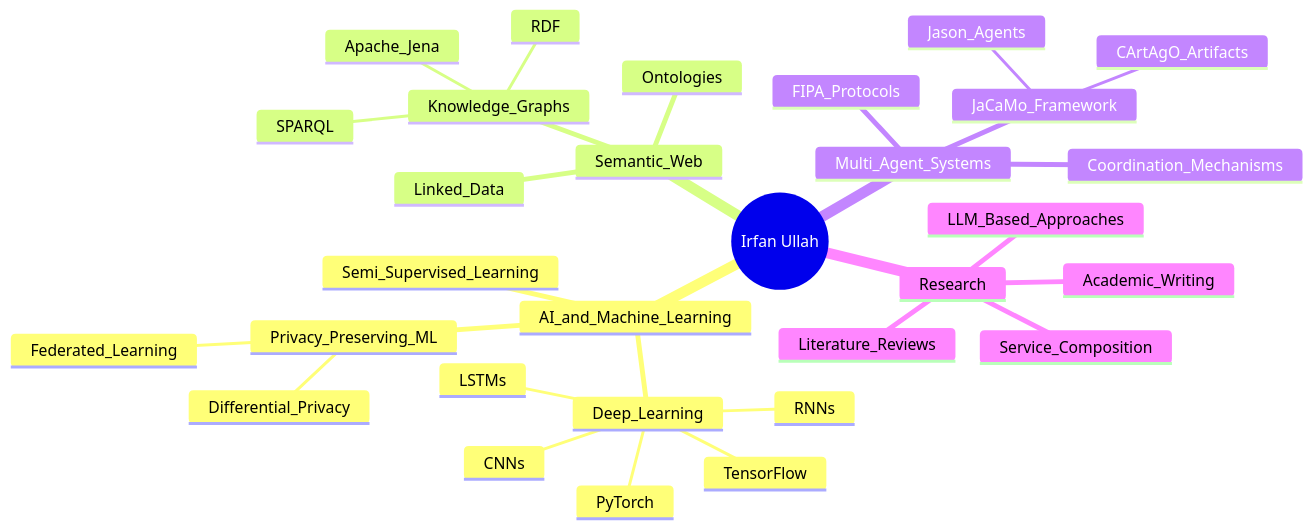
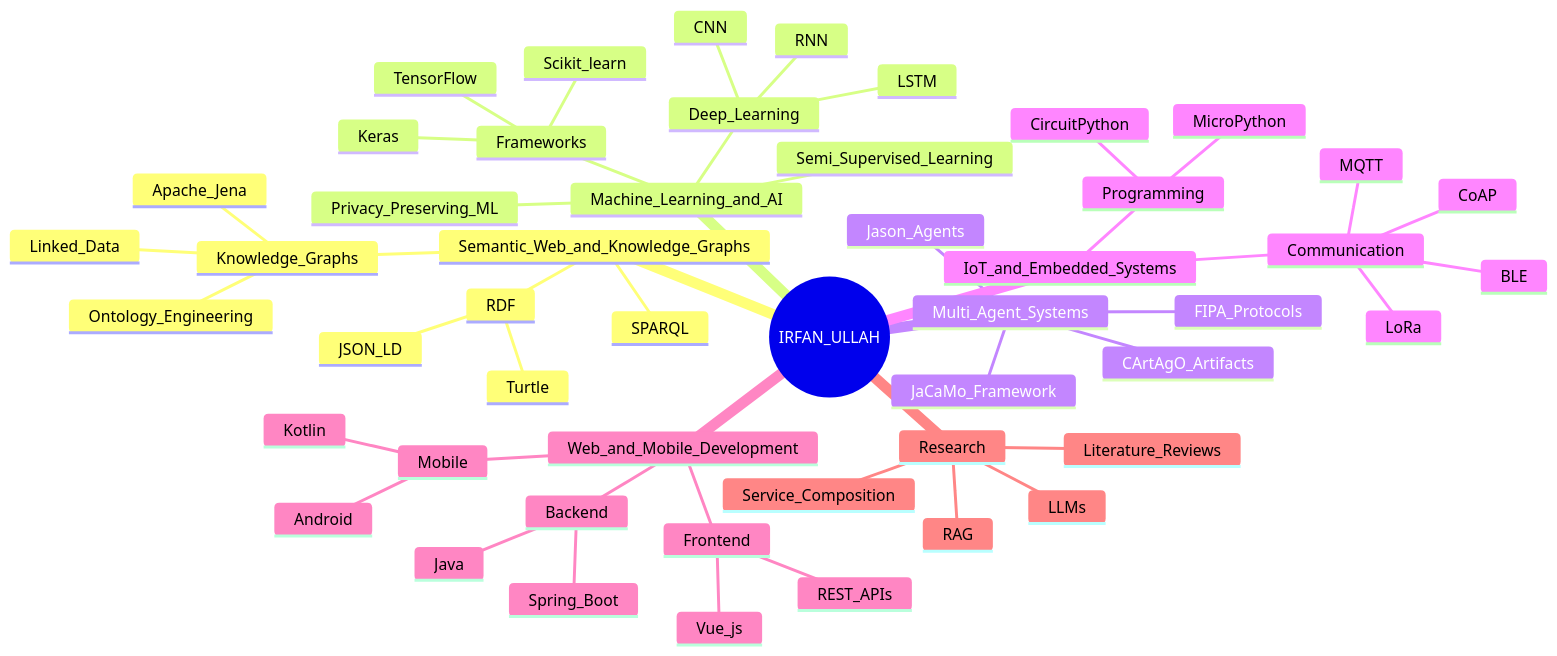
One commit to Irfan-Ullah-cs/Irfan-Ullah-cs changed the diagram in README.md. Above: the diagram before and after it, drawn with Mermaid. The commit also changed other lines of this file, not shown here.

````diff
--- a/README.md
+++ b/README.md
@@ -85,34 +85,55 @@
 ```mermaid
 mindmap
-    root((Irfan Ullah))
-      AI_and_Machine_Learning
-        Deep_Learning
-          CNNs
-          RNNs
-          LSTMs
-          TensorFlow
-          PyTorch
-        Privacy_Preserving_ML
-          Differential_Privacy
-          Federated_Learning
-        Semi_Supervised_Learning
-      Semantic_Web
-        Knowledge_Graphs
-          RDF
-          SPARQL
-          Apache_Jena
-        Ontologies
+root((IRFAN_ULLAH))
+    Semantic_Web_and_Knowledge_Graphs
+      RDF
+        Turtle
+        JSON_LD
+      SPARQL
+      Knowledge_Graphs
+        Apache_Jena
+        Ontology_Engineering
         Linked_Data
-      Multi_Agent_Systems
-        JaCaMo_Framework
-          Jason_Agents
-          CArtAgO_Artifacts
-        Coordination_Mechanisms
-        FIPA_Protocols
-      Research
-        Literature_Reviews
-        Academic_Writing
-        Service_Composition
-        LLM_Based_Approaches
+    Machine_Learning_and_AI
+      Deep_Learning
+        CNN
+        RNN
+        LSTM
+      Frameworks
+        TensorFlow
+        Keras
+        Scikit_learn
+      Privacy_Preserving_ML
+      Semi_Supervised_Learning
+    Multi_Agent_Systems
+      JaCaMo_Framework
+      Jason_Agents
+      CArtAgO_Artifacts
+      FIPA_Protocols
+    IoT_and_Embedded_Systems
+      Programming
+        MicroPython
+        CircuitPython
+      Communication
+        MQTT
+        CoAP
+        BLE
+        LoRa
+    Web_and_Mobile_Development
+      Backend
+        Spring_Boot
+        Java
+      Frontend
+        Vue_js
+        REST_APIs
+      Mobile
+        Kotlin
+        Android
+    Research
+      LLMs
+      RAG
+      Service_Composition
+      Literature_Reviews
+
 
 ```
````
